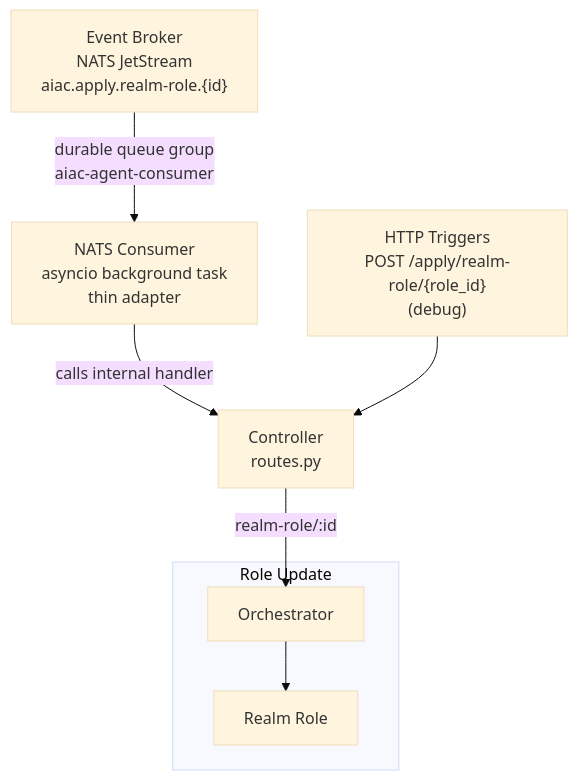
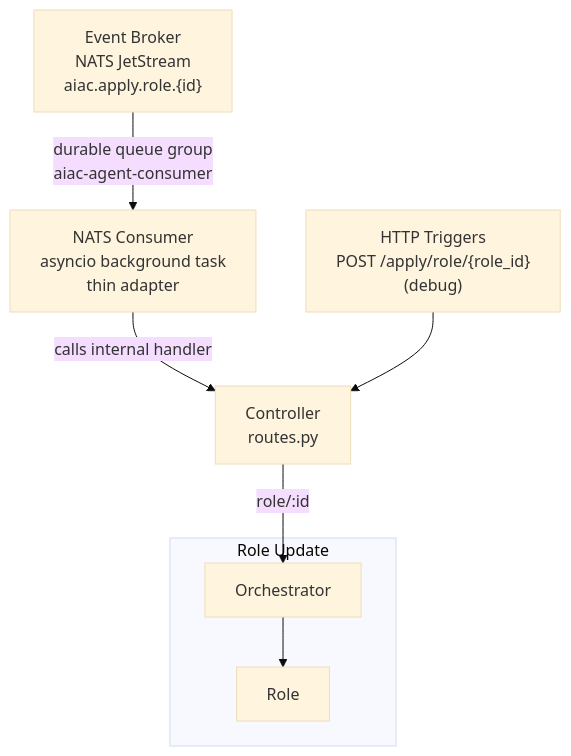
The first of 2 diagrams in inception/requirements/components/aiac-agent/uc3-role-update.md (rossoctl/aiac), drawn with Mermaid (base theme) before and after one commit. The commit also changed other lines of this file and 12 other files, not shown here.

First line of the commit message:
docs(aiac): rename 'realm role' to 'role' across all requirements

````diff
--- a/inception/requirements/components/aiac-agent/uc3-role-update.md
+++ b/inception/requirements/components/aiac-agent/uc3-role-update.md
@@ -11,19 +11,19 @@
 ```mermaid
 flowchart TD
-    NATS["Event Broker\nNATS JetStream\naiac.apply.realm-role.{id}"]
+    NATS["Event Broker\nNATS JetStream\naiac.apply.role.{id}"]
     NATS_CONSUMER["NATS Consumer\nasyncio background task\nthin adapter"]
-    TRIGGERS["HTTP Triggers\nPOST /apply/realm-role/{role_id}\n(debug)"]
+    TRIGGERS["HTTP Triggers\nPOST /apply/role/{role_id}\n(debug)"]
     CTRL["Controller\nroutes.py"]
 
     NATS -->|"durable queue group\naiac-agent-consumer"| NATS_CONSUMER
     NATS_CONSUMER -->|"calls internal handler"| CTRL
     TRIGGERS --> CTRL
 
     subgraph RR["Role Update"]
         ORC3["Orchestrator"]
-        SA5["Realm Role"]
+        SA5["Role"]
         ORC3 --> SA5
     end
 
-    CTRL -->|"realm-role/:id"| ORC3
+    CTRL -->|"role/:id"| ORC3
 ```
````
